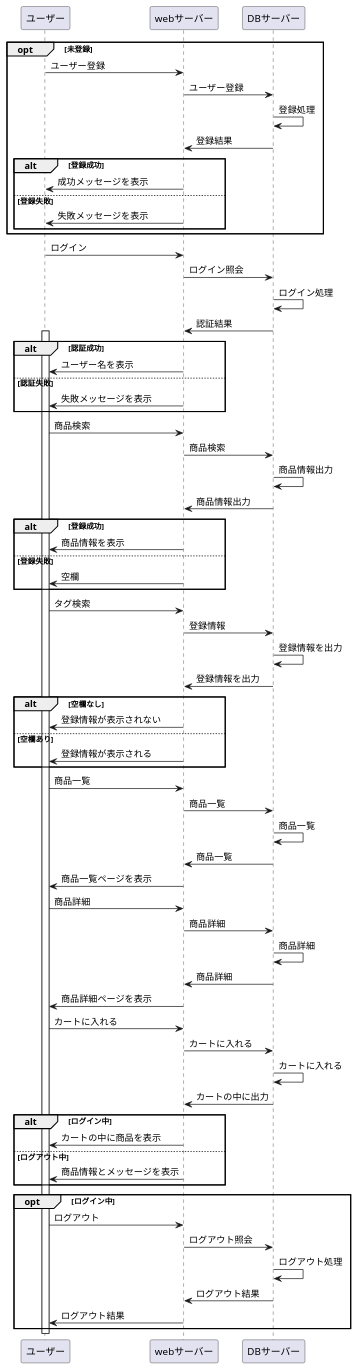
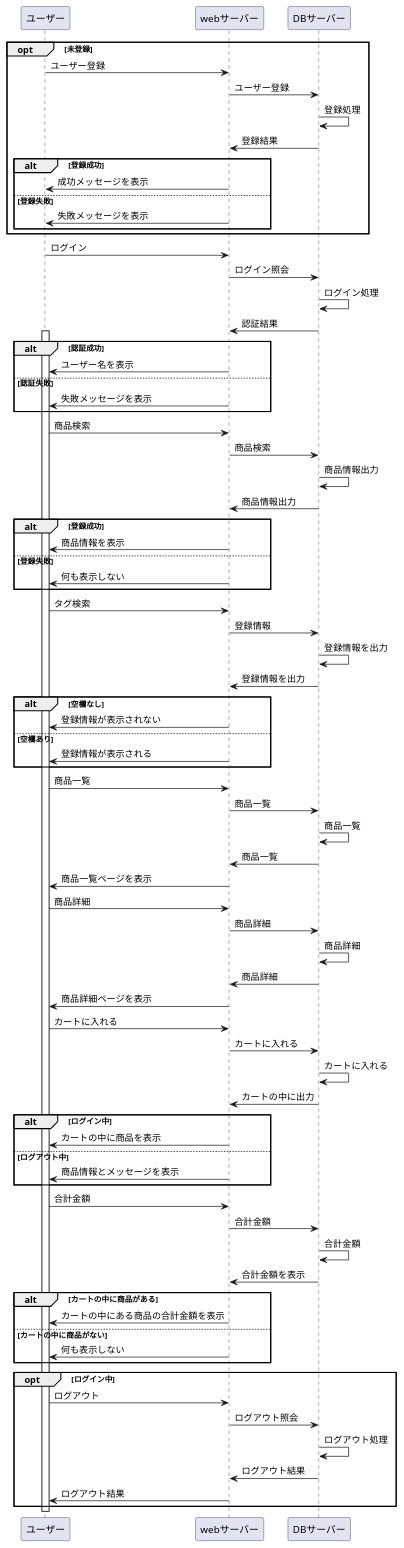
The diagram in kinouichiran04.md (Aso2001219/2021sys-design), drawn with PlantUML before and after one commit.

```diff
--- a/kinouichiran04.md
+++ b/kinouichiran04.md
@@ -34,7 +34,7 @@
 alt 登録成功
 webサーバー -> ユーザー : 商品情報を表示
 else 登録失敗
-webサーバー -> ユーザー : 空欄
+webサーバー -> ユーザー : 何も表示しない
 end
 
 ユーザー -> webサーバー : タグ検索
@@ -69,6 +69,16 @@
 webサーバー -> ユーザー : 商品情報とメッセージを表示
 end
 
+ユーザー -> webサーバー : 合計金額
+webサーバー -> DBサーバー : 合計金額
+DBサーバー -> DBサーバー : 合計金額
+DBサーバー -> webサーバー : 合計金額を表示
+alt カートの中に商品がある
+webサーバー -> ユーザー : カートの中にある商品の合計金額を表示
+else カートの中に商品がない
+webサーバー -> ユーザー : 何も表示しない
+end
+
 opt ログイン中
 ユーザー -> webサーバー : ログアウト
 webサーバー -> DBサーバー : ログアウト照会
```
